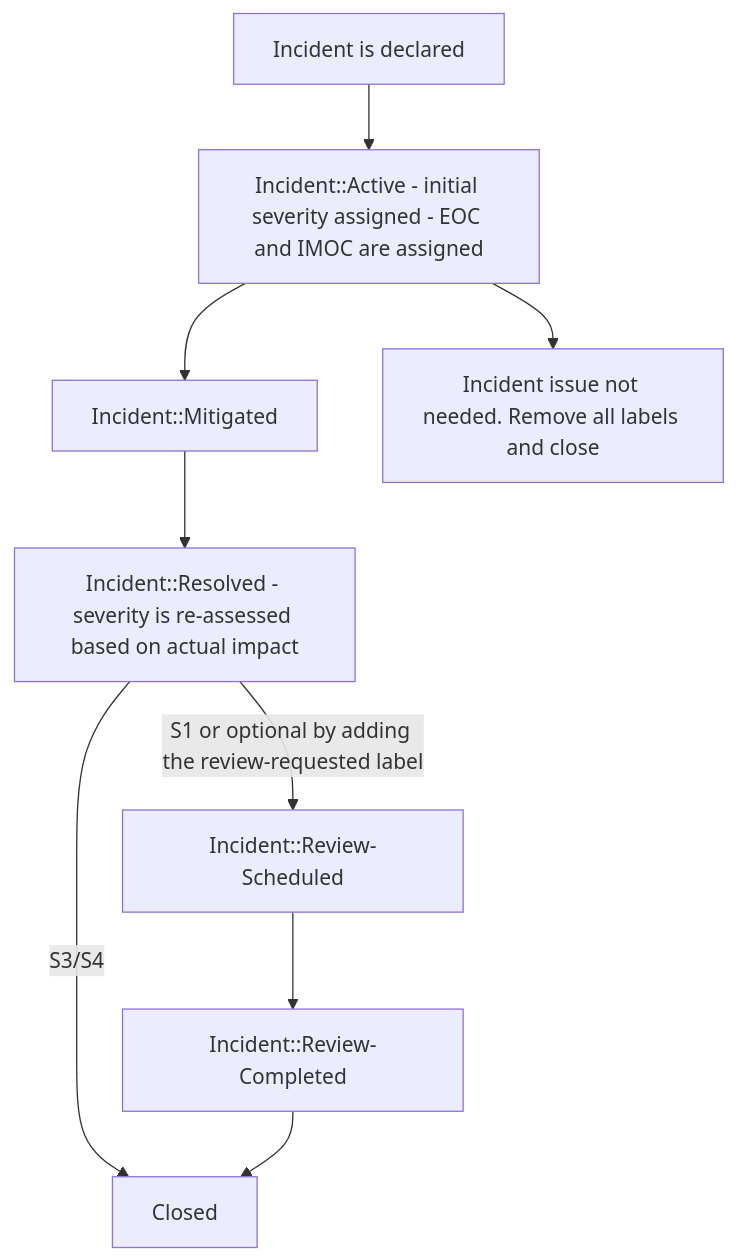
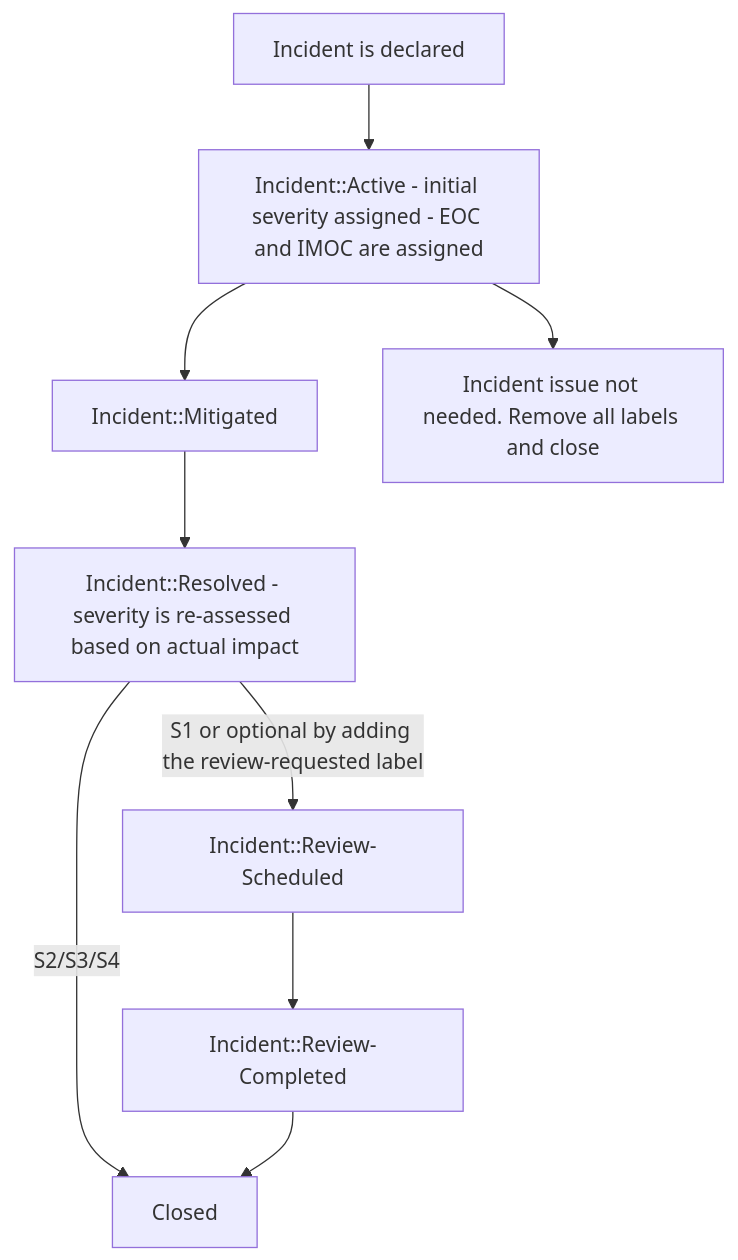
Before and after one commit to secretstartups/handbook: the diagram in infrastructure/incident-management/index.html.md, drawn with Mermaid. The commit also changed 1 other file, not shown here.

Commit message:
fix typo and update the mermaid on inc mgmt page

````diff
--- a/infrastructure/incident-management/index.html.md
+++ b/infrastructure/incident-management/index.html.md
@@ -410,11 +410,11 @@
 ``` mermaid
 graph TD
   A[Incident is declared] --> B[Incident::Active - initial severity assigned - EOC and IMOC are assigned]
   B --> C[Incident::Mitigated]
   C --> D[Incident::Resolved - severity is re-assessed based on actual impact]
   D --> |S1 or optional by adding the review-requested label| F[Incident::Review-Scheduled]
-  D -->|S3/S4| Z[Closed]
+  D -->|S2/S3/S4| Z[Closed]
   B --> Y[Incident issue not needed. Remove all labels and close]
   F --> G[Incident::Review-Completed]
   G --> Z
 ```
````
